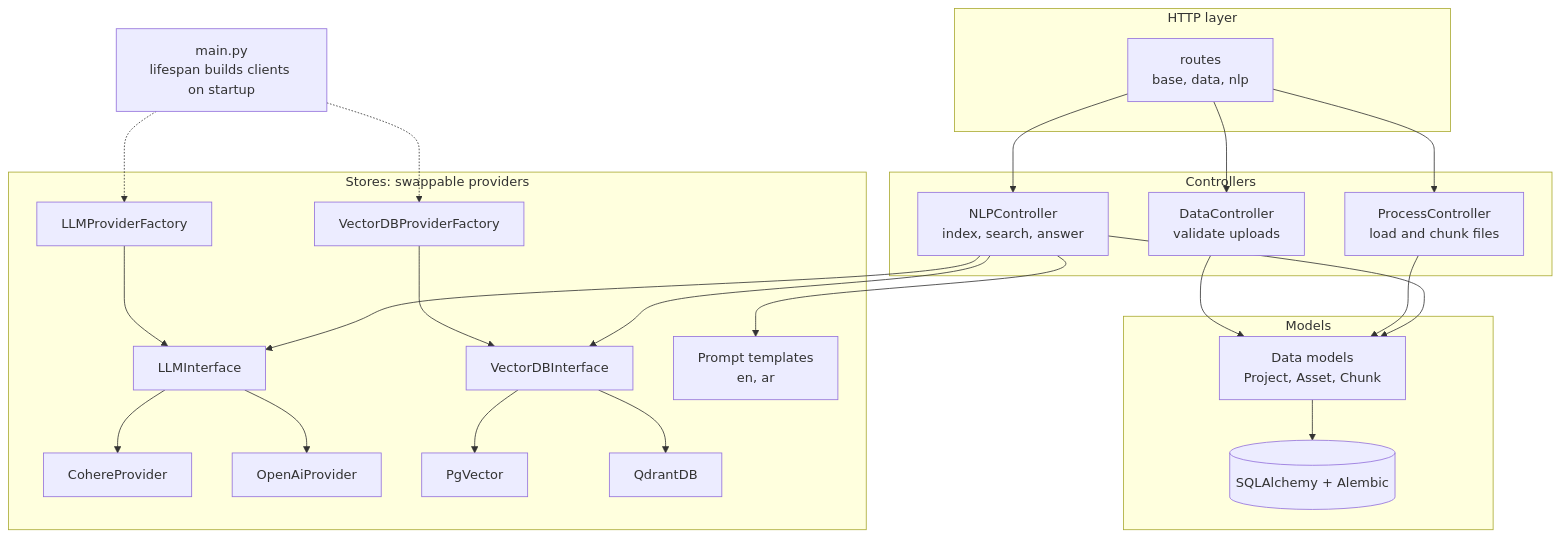
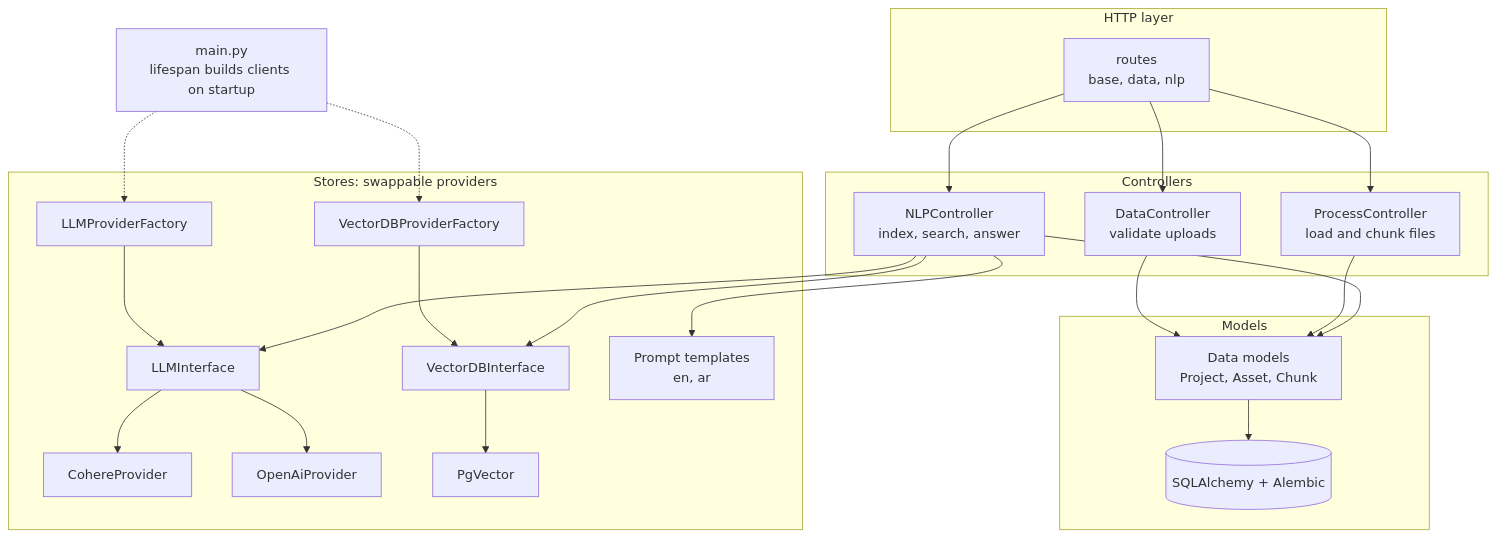
One commit to ElsebaiyMohamed/MiniRag_26 changed the second of 6 diagrams in README.md. Above: the diagram before and after it, drawn with Mermaid. The commit also changed other lines of this file and 8 other files, not shown here.

````diff
--- a/README.md
+++ b/README.md
@@ -91,34 +90,33 @@
 ```mermaid
 flowchart TB
     main["main.py<br/>lifespan builds clients on startup"]
 
     subgraph http["HTTP layer"]
         routes["routes<br/>base, data, nlp"]
     end
 
     subgraph logic["Controllers"]
         dc["DataController<br/>validate uploads"]
         pc["ProcessController<br/>load and chunk files"]
         nc["NLPController<br/>index, search, answer"]
     end
 
     subgraph persistence["Models"]
         dm["Data models<br/>Project, Asset, Chunk"]
         orm[("SQLAlchemy + Alembic")]
     end
 
     subgraph stores["Stores: swappable providers"]
         llmf["LLMProviderFactory"] --> llmi["LLMInterface"]
         llmi --> cohere["CohereProvider"]
         llmi --> openai["OpenAiProvider"]
         vf["VectorDBProviderFactory"] --> vi["VectorDBInterface"]
         vi --> pgv["PgVector"]
-        vi --> qd["QdrantDB"]
         tpl["Prompt templates<br/>en, ar"]
     end
 
     routes --> dc & pc & nc
     dc & pc & nc --> dm --> orm
     nc --> llmi & vi & tpl
     main -.-> llmf & vf
 ```
````
